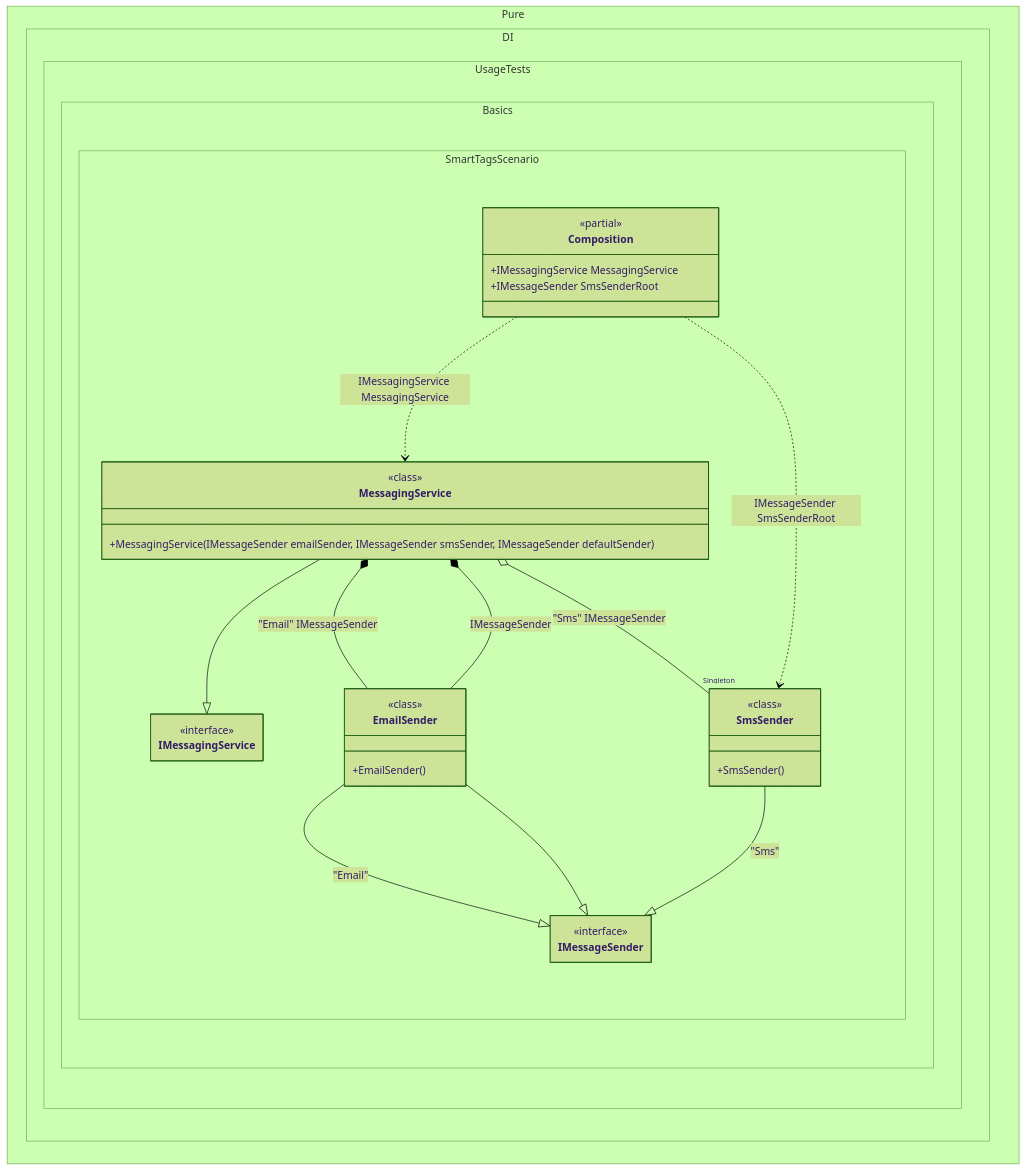
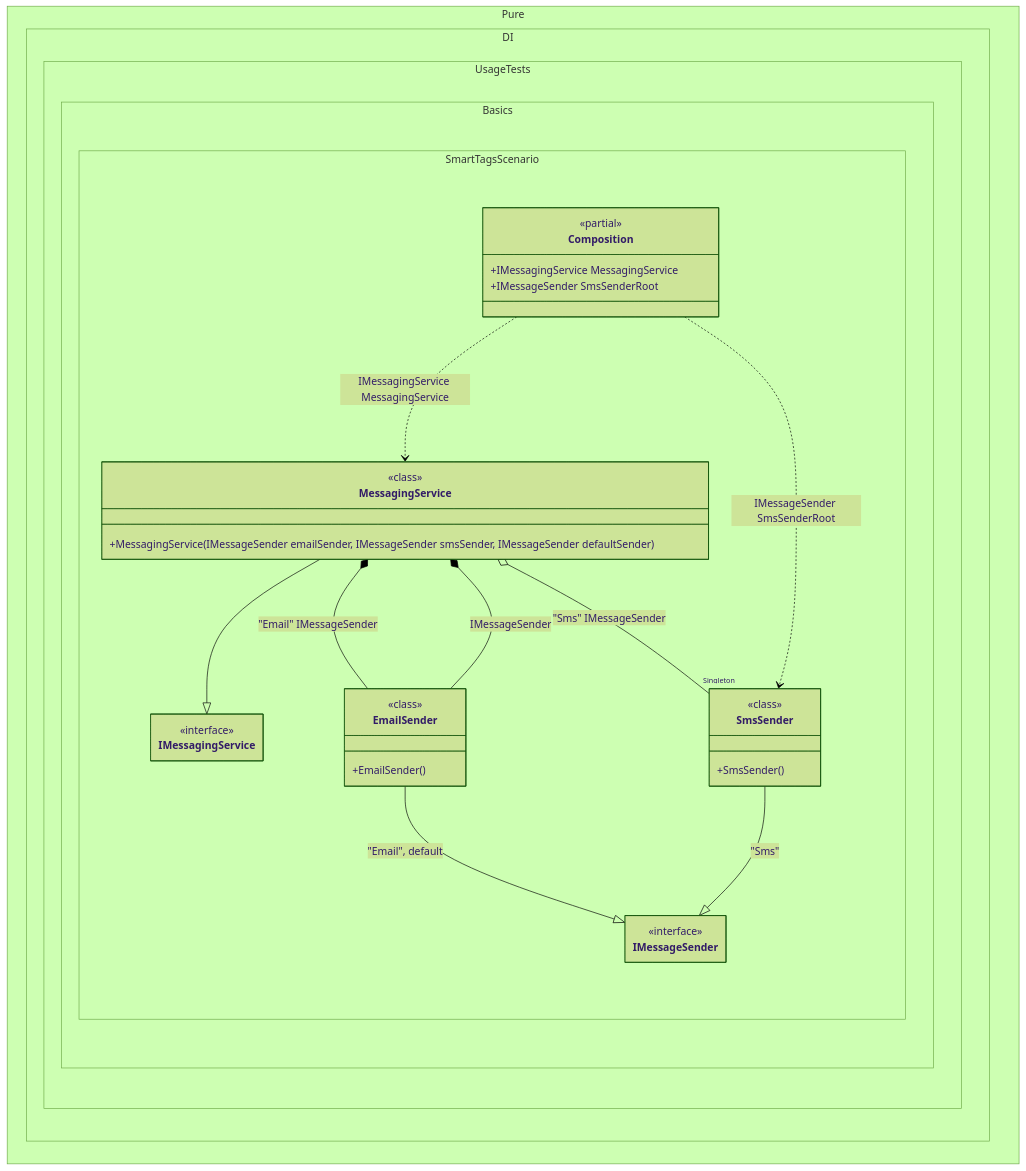
The diagram in readme/smart-tags.md (MaiKuraki/Pure.DI), drawn with Mermaid (forest theme) before and after one commit. The commit also changed 152 other files, not shown here.

````diff
--- a/readme/smart-tags.md
+++ b/readme/smart-tags.md
@@ -165,44 +165,41 @@
 ```mermaid
 ---
  config:
-  maxTextSize: 2147483647
-  maxEdges: 2147483647
   class:
    hideEmptyMembersBox: true
 ---
 classDiagram
-	EmailSender --|> IMessageSender : "Email" 
-	EmailSender --|> IMessageSender
-	SmsSender --|> IMessageSender : "Sms" 
+	EmailSender --|> IMessageSender : "Email", default
+	SmsSender --|> IMessageSender : "Sms"
 	MessagingService --|> IMessagingService
 	Composition ..> MessagingService : IMessagingService MessagingService
 	Composition ..> SmsSender : IMessageSender SmsSenderRoot
-	MessagingService *--  EmailSender : "Email"  IMessageSender
-	MessagingService *--  EmailSender : IMessageSender
-	MessagingService o-- "Singleton" SmsSender : "Sms"  IMessageSender
+	MessagingService *-- EmailSender : "Email" IMessageSender
+	MessagingService *-- EmailSender : IMessageSender
+	MessagingService o-- "Singleton" SmsSender : "Sms" IMessageSender
 	namespace Pure.DI.UsageTests.Basics.SmartTagsScenario {
 		class Composition {
 		<<partial>>
 		+IMessagingService MessagingService
 		+IMessageSender SmsSenderRoot
 		}
 		class EmailSender {
 				<<class>>
 			+EmailSender()
 		}
 		class IMessageSender {
 			<<interface>>
 		}
 		class IMessagingService {
 			<<interface>>
 		}
 		class MessagingService {
 				<<class>>
 			+MessagingService(IMessageSender emailSender, IMessageSender smsSender, IMessageSender defaultSender)
 		}
 		class SmsSender {
 				<<class>>
 			+SmsSender()
 		}
 	}
 ```
````
